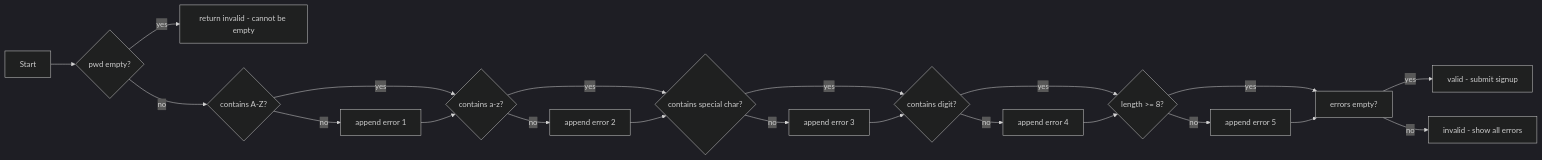
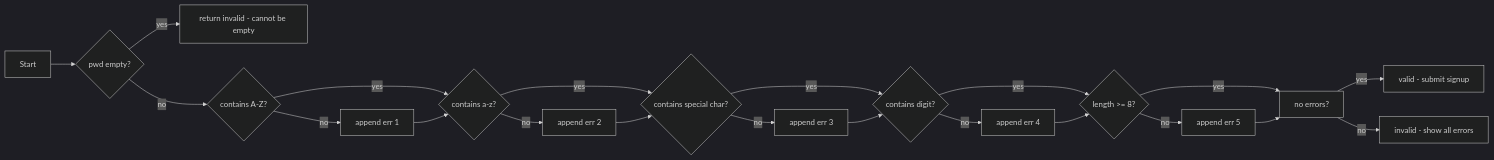
One commit to Azusalina/sba-proj changed the fifth of 21 diagrams in descriptions/a.md. Above: the diagram before and after it, drawn with Mermaid (dark theme). The commit also changed other lines of this file, not shown here.

````diff
--- a/descriptions/a.md
+++ b/descriptions/a.md
@@ -158,23 +152,23 @@
 ```mermaid
 flowchart LR
     A[Start] --> B{pwd empty?}
     B -- yes --> E1[return invalid - cannot be empty]
     B -- no --> C1{contains A-Z?}
-    C1 -- no --> R1[append error 1]
+    C1 -- no --> R1[append err 1]
     C1 -- yes --> C2
     R1 --> C2{contains a-z?}
-    C2 -- no --> R2[append error 2]
+    C2 -- no --> R2[append err 2]
     C2 -- yes --> C3
     R2 --> C3{contains special char?}
-    C3 -- no --> R3[append error 3]
+    C3 -- no --> R3[append err 3]
     C3 -- yes --> C4
     R3 --> C4{contains digit?}
-    C4 -- no --> R4[append error 4]
+    C4 -- no --> R4[append err 4]
     C4 -- yes --> C5
     R4 --> C5{length >= 8?}
-    C5 -- no --> R5[append error 5]
+    C5 -- no --> R5[append err 5]
     C5 -- yes --> OK
-    R5 --> OK[errors empty?]
+    R5 --> OK[no errors?]
     OK -- yes --> Y[valid - submit signup]
     OK -- no --> N[invalid - show all errors]
 ```
````
